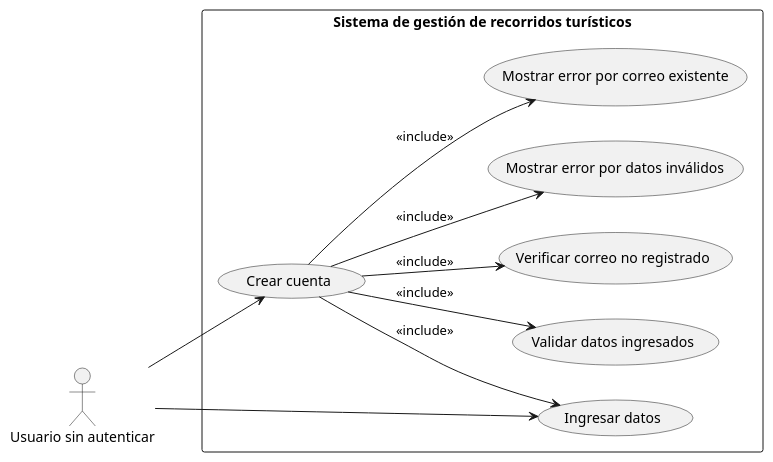
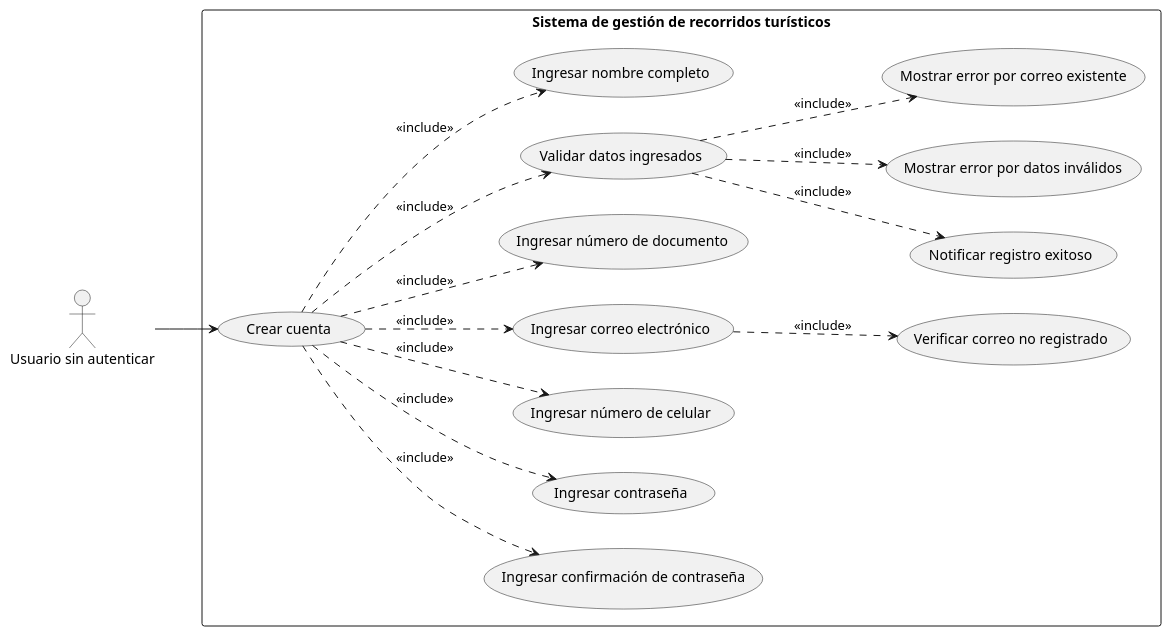
The diagram in diagramas_modulo_autenticacion/casos-uso-modulo-autenticacion/CU_Crear_Cuenta.puml (LauKnitIn/SISTEMA-GESTOR-DE-RECORRIDOS), drawn with PlantUML before and after one commit. The commit also changed 11 other files, not shown here.

Commit message:
Se modificaron los diagramas de secuencia y actividades del módulo de autenticación

```diff
--- a/diagramas_modulo_autenticacion/casos-uso-modulo-autenticacion/CU_Crear_Cuenta.puml
+++ b/diagramas_modulo_autenticacion/casos-uso-modulo-autenticacion/CU_Crear_Cuenta.puml
@@ -1,25 +1,31 @@
 @startuml
 left to right direction
-
-actor "Usuario sin autenticar" as UsuarioNoAuth
-
+actor "Usuario sin autenticar" as usuario
 rectangle "Sistema de gestión de recorridos turísticos" {
-
-    usecase "Ingresar datos" as UC1
-    usecase "Validar datos ingresados" as UC2
-    usecase "Crear cuenta" as UC3
-    usecase "Verificar correo no registrado" as UC4
-    usecase "Mostrar error por datos inválidos" as UC5
-    usecase "Mostrar error por correo existente" as UC6
+  usecase "Crear cuenta" as UC1
+  usecase "Ingresar confirmación de contraseña" as UC2
+  usecase "Ingresar contraseña" as UC3
+  usecase "Ingresar número de celular" as UC4
+  usecase "Ingresar correo electrónico" as UC5
+  usecase "Ingresar número de documento" as UC6
+  usecase "Validar datos ingresados" as UC7
+  usecase "Ingresar nombre completo" as UC8
+  usecase "Notificar registro exitoso" as UC9
+  usecase "Mostrar error por datos inválidos" as UC10
+  usecase "Verificar correo no registrado" as UC11
+  usecase "Mostrar error por correo existente" as UC12
 }
 
-UsuarioNoAuth --> UC1
-UsuarioNoAuth --> UC3
-
-UC3 --> UC1 : <<include>>
-UC3 --> UC2 : <<include>>
-UC3 --> UC4 : <<include>>
-UC3 --> UC5 : <<include>>
-UC3 --> UC6 : <<include>>
-
+usuario --> UC1
+UC1 ..> UC2 : <<include>>
+UC1 ..> UC3 : <<include>>
+UC1 ..> UC4 : <<include>>
+UC1 ..> UC5 : <<include>>
+UC1 ..> UC6 : <<include>>
+UC1 ..> UC7 : <<include>>
+UC1 ..> UC8 : <<include>>
+UC7 ..> UC9 : <<include>>
+UC7 ..> UC10 : <<include>>
+UC5 ..> UC11 : <<include>>
+UC7 ..> UC12 : <<include>>
 @enduml
```
